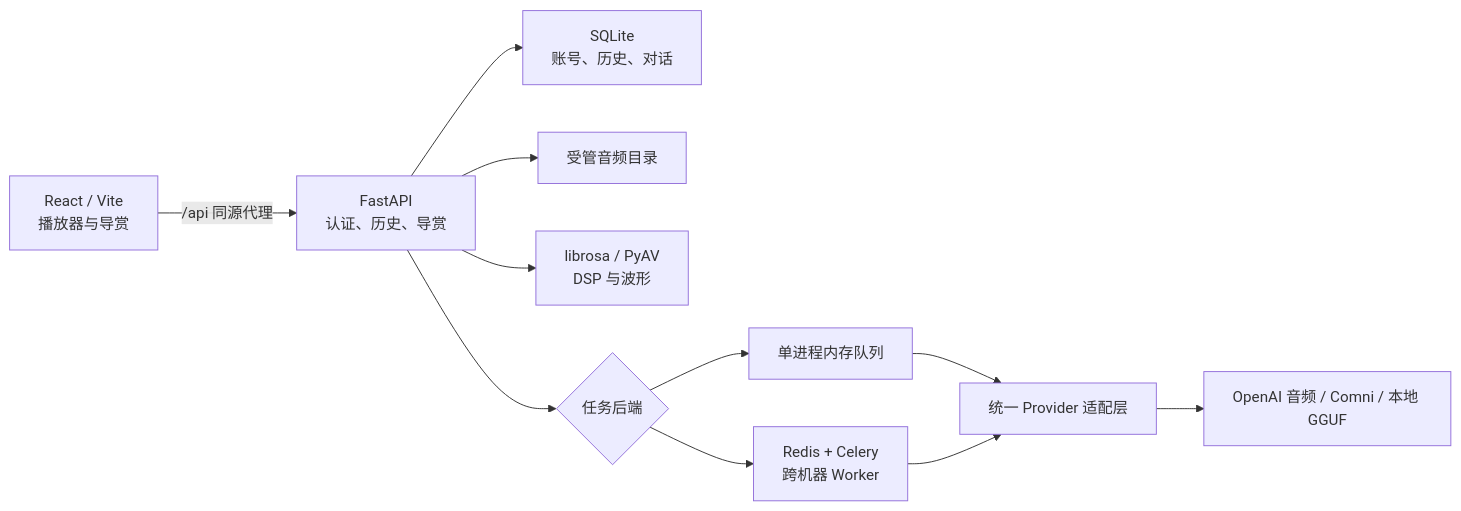
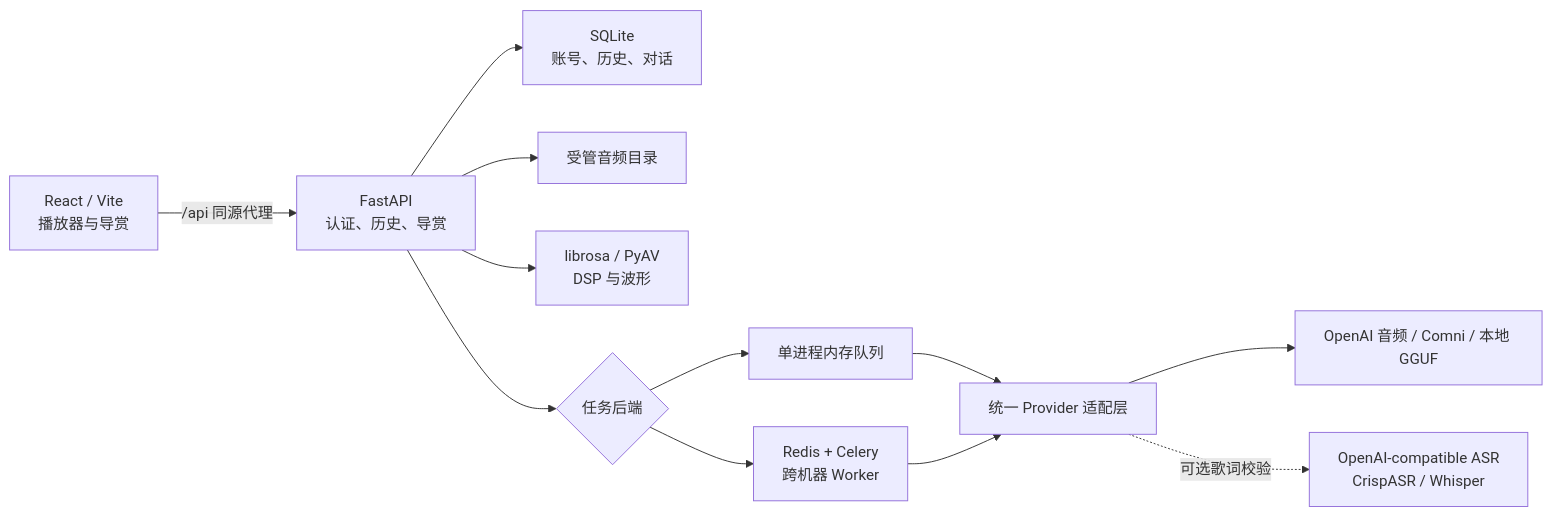
Before and after one commit to eThAN02010506/Music: the diagram in README.md, drawn with Mermaid. The commit also changed other lines of this file and 39 other files, not shown here.

````diff
--- a/README.md
+++ b/README.md
@@ -100,13 +105,14 @@
 ```mermaid
 flowchart LR
     UI["React / Vite<br/>播放器与导赏"] -->|"/api 同源代理"| API["FastAPI<br/>认证、历史、导赏"]
     API --> DB["SQLite<br/>账号、历史、对话"]
     API --> FS["受管音频目录"]
     API --> DSP["librosa / PyAV<br/>DSP 与波形"]
     API --> JOBS{"任务后端"}
     JOBS --> MEM["单进程内存队列"]
     JOBS --> REDIS["Redis + Celery<br/>跨机器 Worker"]
     MEM --> PROVIDER["统一 Provider 适配层"]
     REDIS --> PROVIDER
     PROVIDER --> MODEL["OpenAI 音频 / Comni / 本地 GGUF"]
+    PROVIDER -.->|"可选歌词校验"| ASR["OpenAI-compatible ASR<br/>CrispASR / Whisper"]
 ```
````
